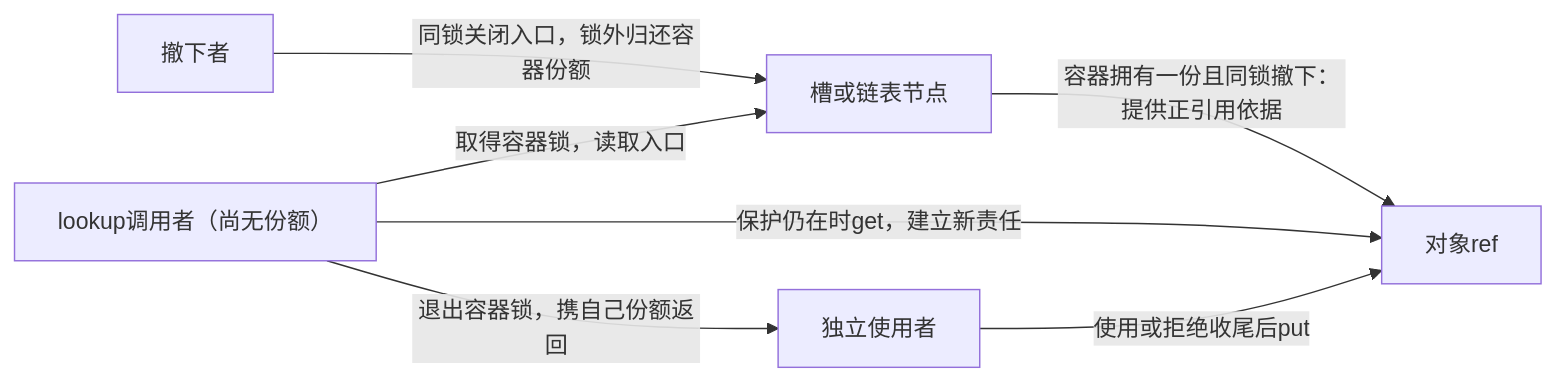
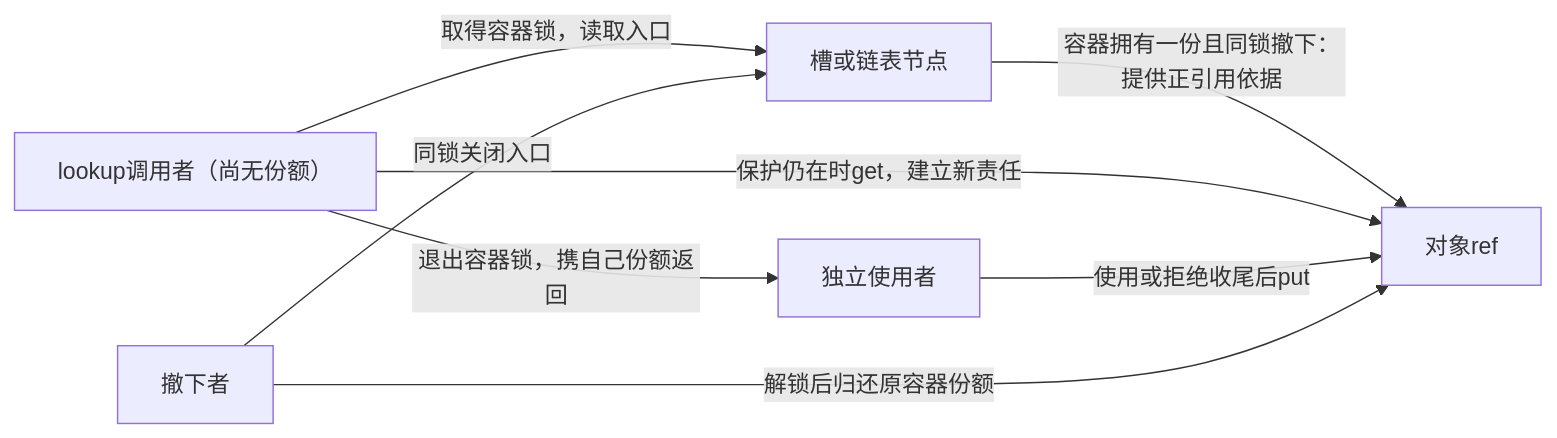
The second of 3 diagrams in knowledge/linux/object_lifetime/kref/P04_kref_三条核心规则.md (FormingSystem/linux_note), drawn with Mermaid before and after one commit. The commit also changed other lines of this file and 2 other files, not shown here.

````diff
--- a/knowledge/linux/object_lifetime/kref/P04_kref_三条核心规则.md
+++ b/knowledge/linux/object_lifetime/kref/P04_kref_三条核心规则.md
@@ -185,9 +185,10 @@
 ```mermaid
 flowchart LR
     L["lookup调用者（尚无份额）"] -->|"取得容器锁，读取入口"| E["槽或链表节点"]
     E -->|"容器拥有一份且同锁撤下：提供正引用依据"| C["对象ref"]
     L -->|"保护仍在时get，建立新责任"| C
     L -->|"退出容器锁，携自己份额返回"| R["独立使用者"]
     R -->|"使用或拒绝收尾后put"| C
-    M["撤下者"] -->|"同锁关闭入口，锁外归还容器份额"| E
+    M["撤下者"] -->|"同锁关闭入口"| E
+    M -->|"解锁后归还原容器份额"| C
 ```
````
